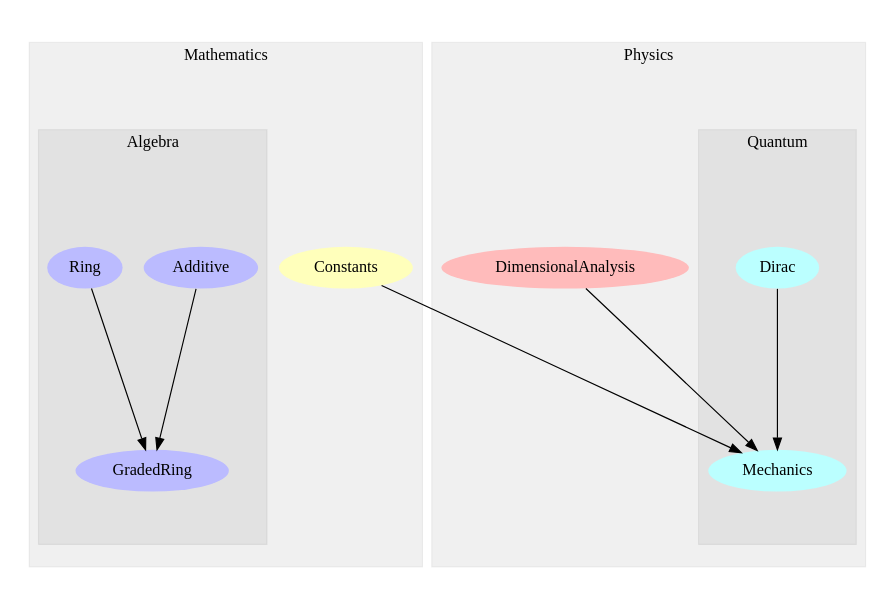
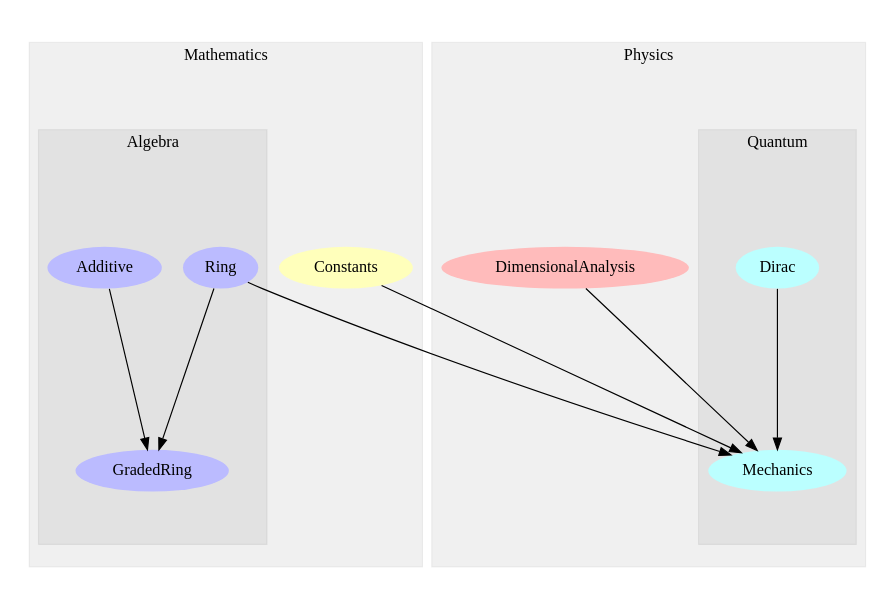
Before and after one commit to wi11dey/Physikell: the diagram in Modules.dot, drawn with Graphviz. The commit also changed 2 other files, not shown here.

```diff
--- a/Modules.dot
+++ b/Modules.dot
@@ -1,57 +1,58 @@
 digraph G {
     graph [size="6,4"];
     graph [ratio=fill];
     subgraph cluster_0 {
         graph [label=Mathematics];
         graph [color="#0000000f"];
         graph [style=filled];
         u3 [label=Constants
            ,style=filled
            ,fillcolor="#ffffbb"
            ,penwidth=0];
         subgraph cluster_1 {
             graph [label=Algebra];
             graph [color="#0000000f"];
             graph [style=filled];
             u0 [label=Additive
                ,style=filled
                ,fillcolor="#bbbbff"
                ,penwidth=0];
             u1 [label=Ring
                ,style=filled
                ,fillcolor="#bbbbff"
                ,penwidth=0];
             u2 [label=GradedRing
                ,style=filled
                ,fillcolor="#bbbbff"
                ,penwidth=0];
         }
     }
     subgraph cluster_2 {
         graph [label=Physics];
         graph [color="#0000000f"];
         graph [style=filled];
         u4 [label=DimensionalAnalysis
            ,style=filled
            ,fillcolor="#ffbbbb"
            ,penwidth=0];
         subgraph cluster_3 {
             graph [label=Quantum];
             graph [color="#0000000f"];
             graph [style=filled];
             u5 [label=Dirac
                ,style=filled
                ,fillcolor="#bbffff"
                ,penwidth=0];
             u6 [label=Mechanics
                ,style=filled
                ,fillcolor="#bbffff"
                ,penwidth=0];
         }
     }
     u0 -> u2;
     u1 -> u2;
+    u1 -> u6;
     u3 -> u6;
     u4 -> u6;
     u5 -> u6;
 }
```
